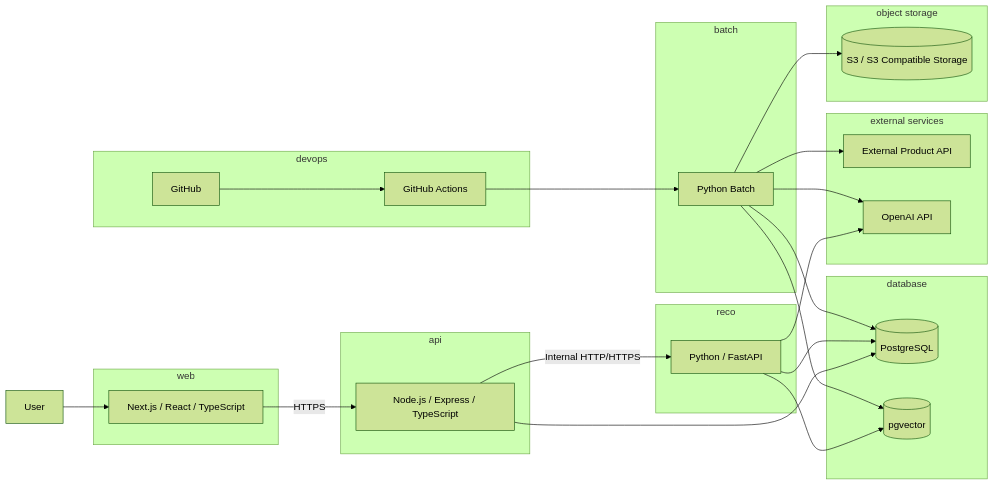
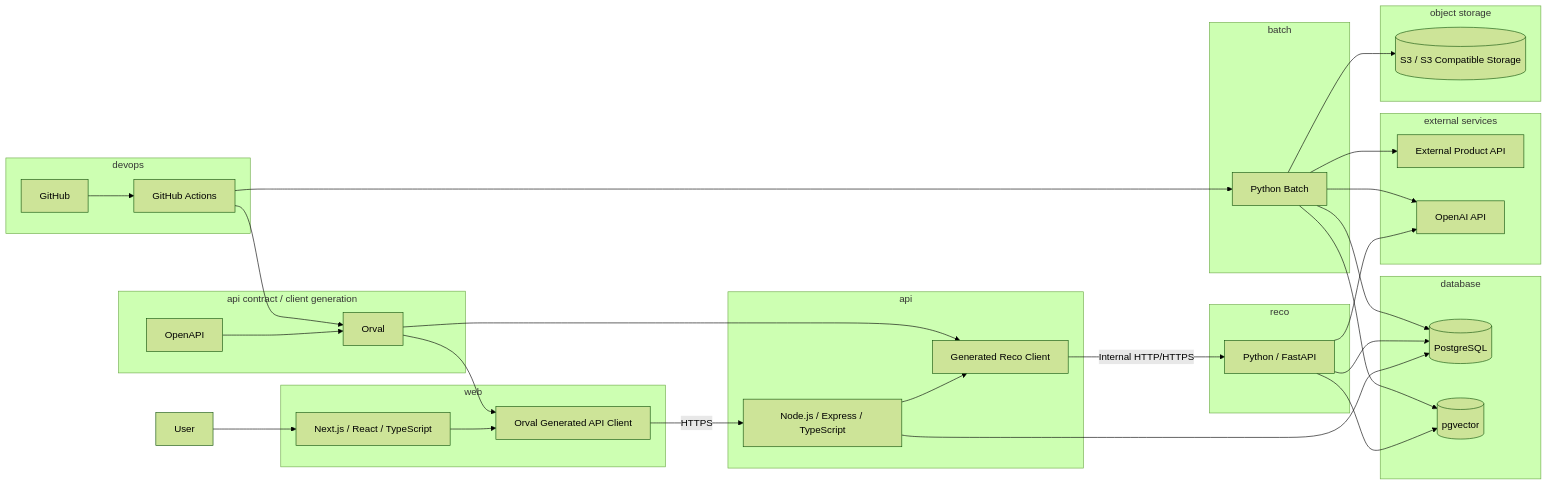
Before and after one commit to ryo-chan-k6/GiftRecommendAPP_MVP_CYCLE_3: the diagram in docs/05_アプリケーション設計/基盤/利用技術スタック整理表.md, drawn with Mermaid (forest theme). The commit also changed other lines of this file, not shown here.

Commit message:
ドキュメントを更新し、ギフトレコメンドサービスにおけるプロジェクトディレクトリ構成定義書を追加。API契約の一貫性を強化し、OpenAPIを基にしたAPIクライアント生成の自動化を明記。これにより、全体の設計基盤を強化し、開発運用の効率を向上。

````diff
--- a/docs/05_アプリケーション設計/基盤/利用技術スタック整理表.md
+++ b/docs/05_アプリケーション設計/基盤/利用技術スタック整理表.md
@@ -100,58 +107,73 @@
 ```mermaid
 flowchart LR
 
     User[User]
 
     subgraph WEB[web]
         Next[Next.js / React / TypeScript]
+        GeneratedClient[Orval Generated API Client]
     end
 
     subgraph API[api]
         Express[Node.js / Express / TypeScript]
+        RecoClient[Generated Reco Client]
     end
 
     subgraph RECO[reco]
         FastAPI[Python / FastAPI]
     end
 
     subgraph BATCH[batch]
         PyBatch[Python Batch]
     end
 
     subgraph DB[database]
         PG[(PostgreSQL)]
         PGV[(pgvector)]
     end
 
     subgraph OBJ[object storage]
         S3[(S3 / S3 Compatible Storage)]
     end
 
     subgraph EXT[external services]
         Rakuten[External Product API]
         OpenAI[OpenAI API]
     end
 
+    subgraph CONTRACT[api contract / client generation]
+        OpenAPI[OpenAPI]
+        Orval[Orval]
+    end
+
     subgraph DEVOPS[devops]
         GH[GitHub]
         GHA[GitHub Actions]
     end
 
     User --> Next
-    Next -->|HTTPS| Express
-    Express -->|Internal HTTP/HTTPS| FastAPI
+    Next --> GeneratedClient
+    GeneratedClient -->|HTTPS| Express
+
+    Express --> RecoClient
+    RecoClient -->|Internal HTTP/HTTPS| FastAPI
     Express --> PG
 
     FastAPI --> PG
     FastAPI --> PGV
     FastAPI --> OpenAI
 
     PyBatch --> Rakuten
     PyBatch --> S3
     PyBatch --> PG
     PyBatch --> PGV
     PyBatch --> OpenAI
 
+    OpenAPI --> Orval
+    Orval --> GeneratedClient
+    Orval --> RecoClient
+
     GH --> GHA
+    GHA --> Orval
     GHA --> PyBatch
 ```
````
